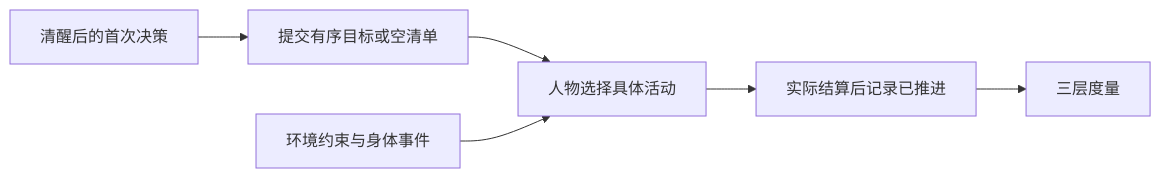
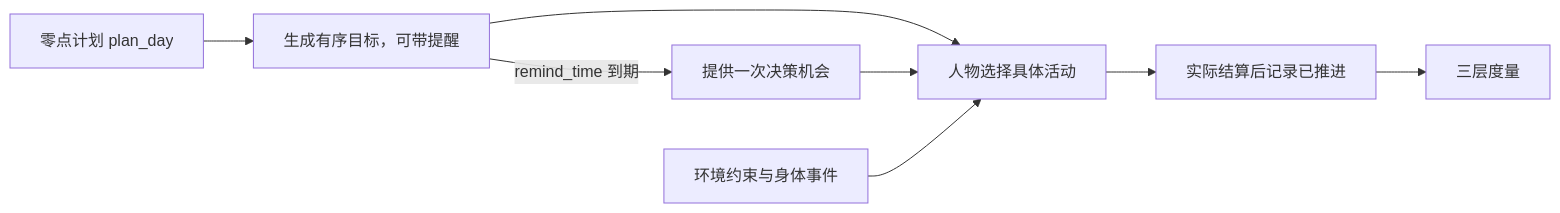
One commit to HoldThatThgt/WorldMock changed the second of 3 diagrams in docs/dev/SPEC-life-realism.md. Above: the diagram before and after it, drawn with Mermaid. The commit also changed other lines of this file and 28 other files, not shown here.

````diff
--- a/docs/dev/SPEC-life-realism.md
+++ b/docs/dev/SPEC-life-realism.md
@@ -176,8 +176,10 @@
 ```mermaid
 flowchart LR
-    WAKE[清醒后的首次决策] --> GOALS[提交有序目标或空清单]
+    PLAN[零点计划 plan_day] --> GOALS[生成有序目标，可带提醒]
     GOALS --> ACT[人物选择具体活动]
+    GOALS -->|remind_time 到期| REMIND[提供一次决策机会]
+    REMIND --> ACT
     ACT --> EVIDENCE[实际结算后记录已推进]
     ENV[环境约束与身体事件] --> ACT
     EVIDENCE --> REPORT[三层度量]
 ```
````
